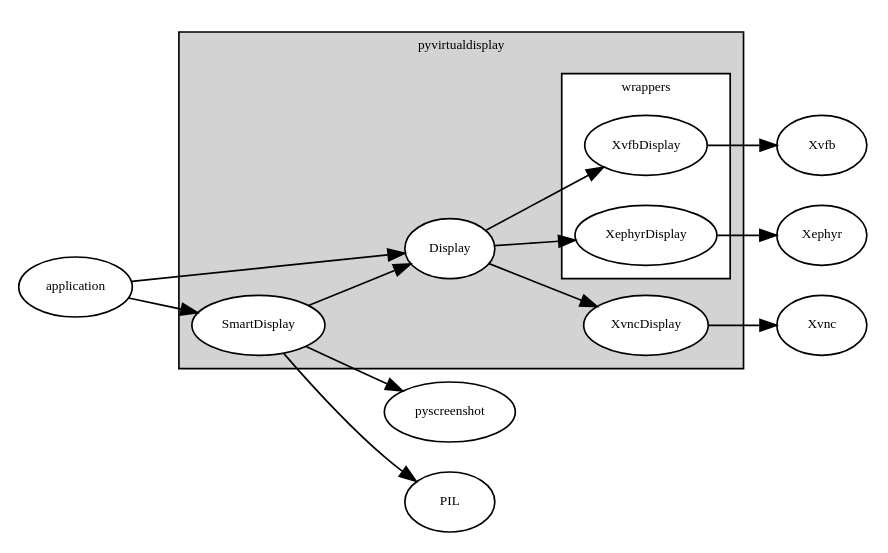
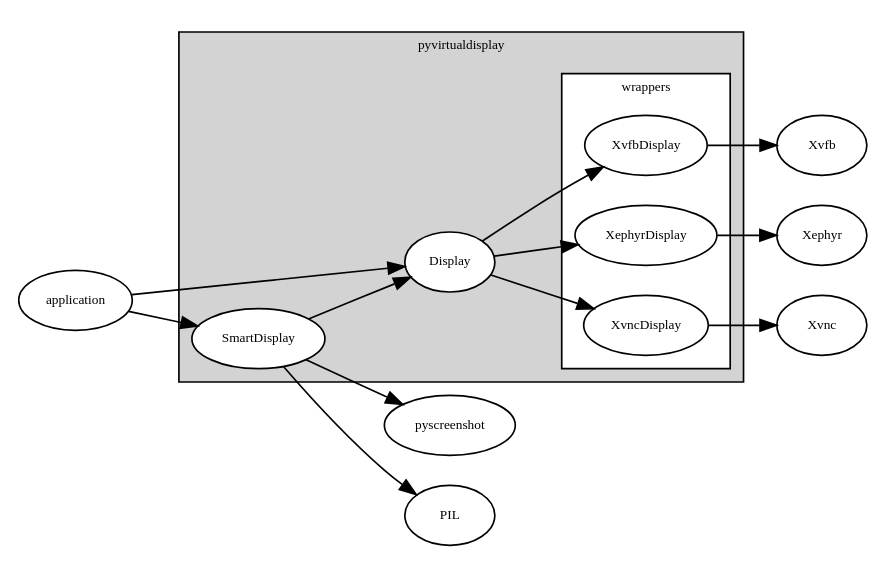
One commit to ponty/PyVirtualDisplay changed the diagram in docs/struct.rst. Above: the diagram before and after it, drawn with Graphviz.

```diff
--- a/docs/struct.rst
+++ b/docs/struct.rst
@@ -4,34 +4,35 @@
 .. graphviz::
 
     digraph G {
     rankdir=LR;
     node [fontsize=8,style=filled, fillcolor=white];
     fontsize=8;
 
     subgraph cluster_0 {
         label = "pyvirtualdisplay";
         style=filled;
         subgraph cluster_2 {
             style=filled;
             fillcolor=white;
             label = "wrappers";
 
             XvfbDisplay;
             XephyrDisplay;
+            XvncDisplay;
         }
         Display -> XvfbDisplay;
         Display -> XephyrDisplay;
         Display -> XvncDisplay;
         SmartDisplay -> Display
     }
     XvfbDisplay -> Xvfb;
     XephyrDisplay -> Xephyr;
     XvncDisplay -> Xvnc;
 
     application -> Display;
     application -> SmartDisplay;
 
 	SmartDisplay -> pyscreenshot;
 	SmartDisplay -> PIL;
 	
     }
```
